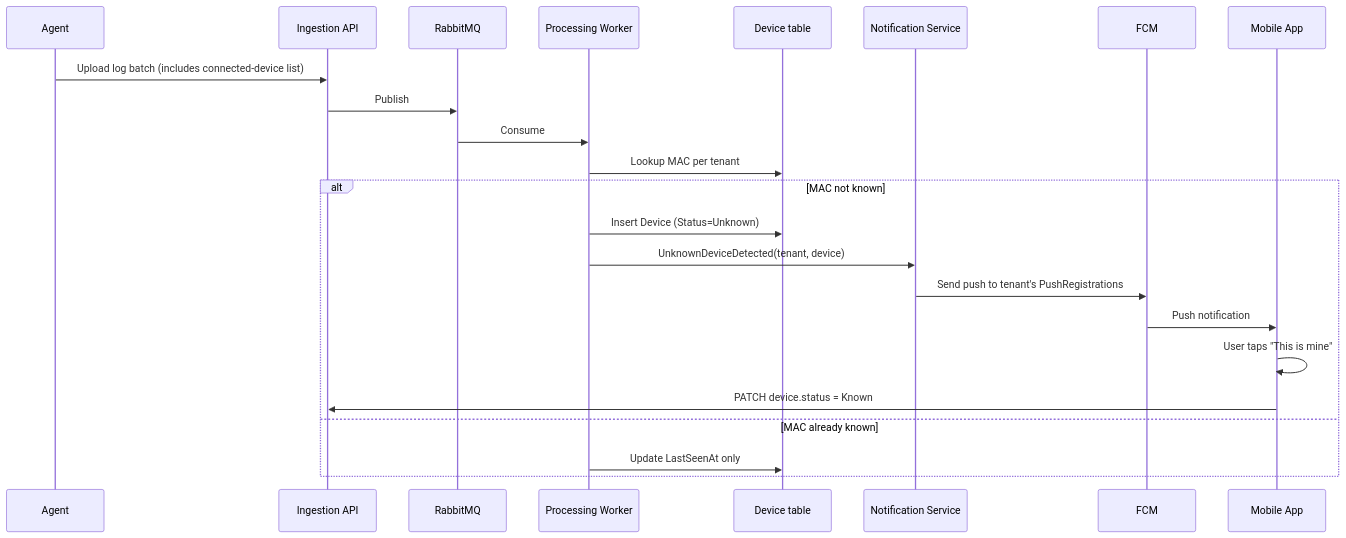
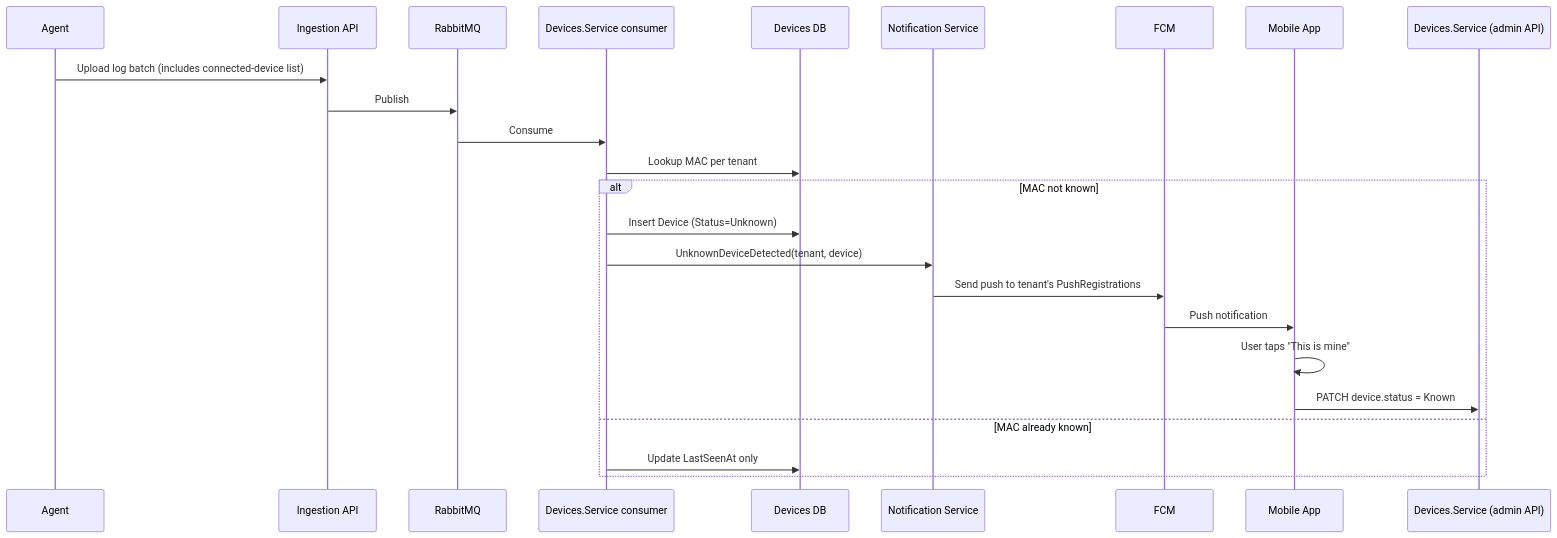
Before and after one commit to dzaba1/HomeSecurity: the second of 2 diagrams in docs/architecture/06-notifications.md, drawn with Mermaid. The commit also changed other lines of this file and 8 other files, not shown here.

````diff
--- a/docs/architecture/06-notifications.md
+++ b/docs/architecture/06-notifications.md
@@ -78,26 +111,27 @@
 ```mermaid
 sequenceDiagram
   participant A as Agent
   participant I as Ingestion API
   participant Q as RabbitMQ
-  participant W as Processing Worker
-  participant DB as Device table
+  participant W as Devices.Service consumer
+  participant DB as Devices DB
   participant N as Notification Service
   participant FCM as FCM
   participant M as Mobile App
+  participant DS as Devices.Service (admin API)
 
   A->>I: Upload log batch (includes connected-device list)
   I->>Q: Publish
   Q->>W: Consume
   W->>DB: Lookup MAC per tenant
   alt MAC not known
     W->>DB: Insert Device (Status=Unknown)
     W->>N: UnknownDeviceDetected(tenant, device)
     N->>FCM: Send push to tenant's PushRegistrations
     FCM->>M: Push notification
     M->>M: User taps "This is mine"
-    M->>I: PATCH device.status = Known
+    M->>DS: PATCH device.status = Known
   else MAC already known
     W->>DB: Update LastSeenAt only
   end
 ```
````
